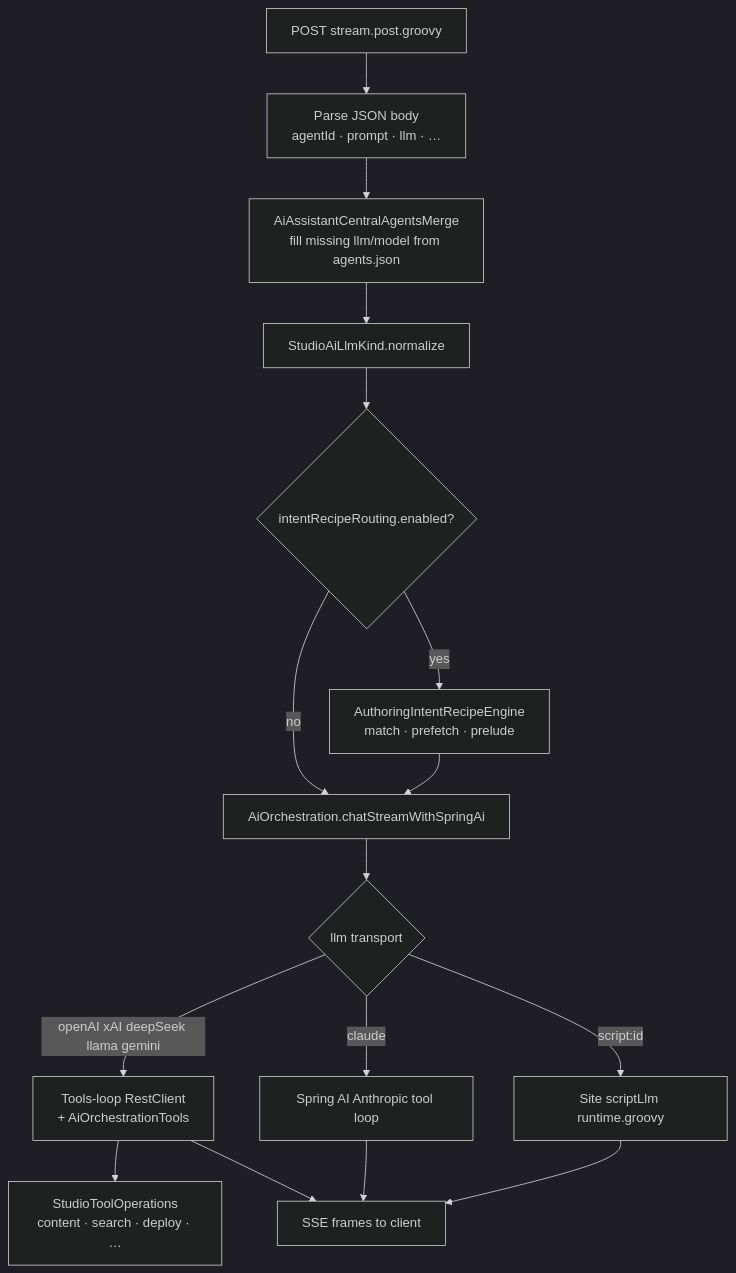
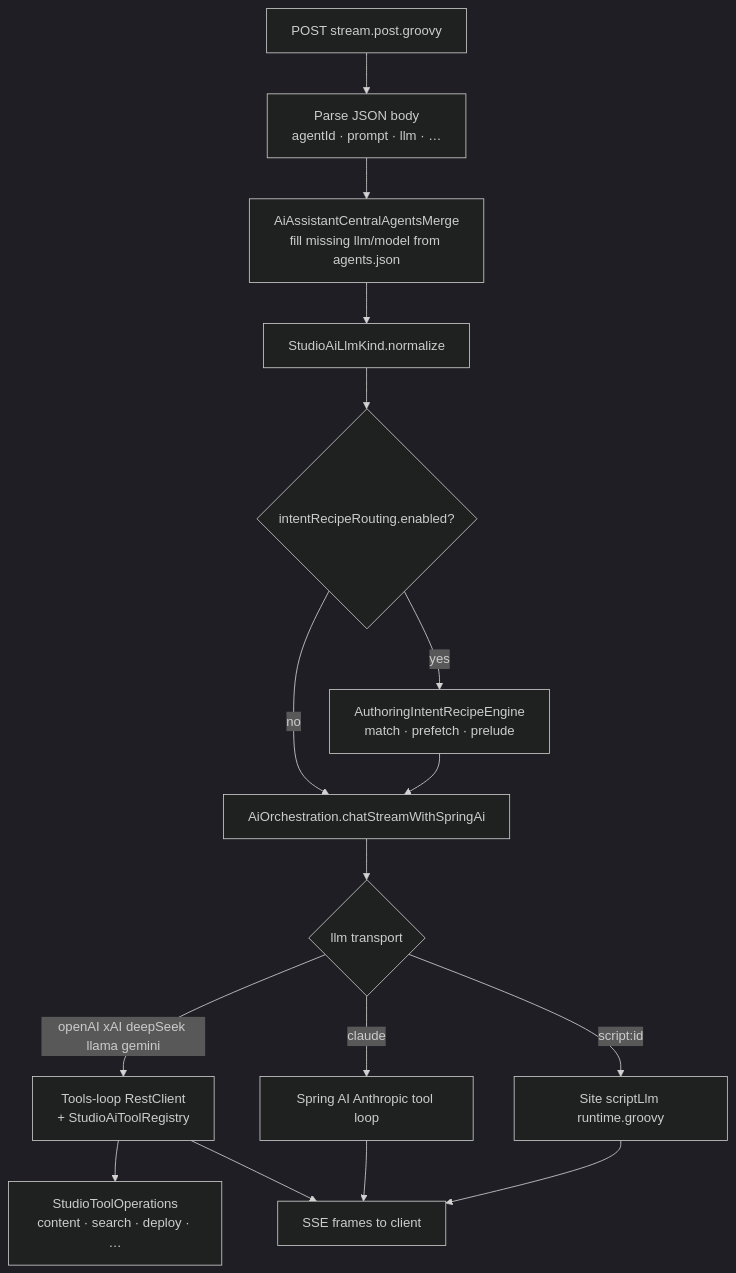
One commit to craftercms/ai-assistant-plugin changed the eighth of 13 diagrams in docs/architecture-diagrams.md. Above: the diagram before and after it, drawn with Mermaid (dark theme). The commit also changed other lines of this file and 26 other files, not shown here.

````diff
--- a/docs/architecture-diagrams.md
+++ b/docs/architecture-diagrams.md
@@ -324,18 +324,18 @@
 ```mermaid
 flowchart TD
   POST["POST stream.post.groovy"] --> Body["Parse JSON body\nagentId · prompt · llm · …"]
   Body --> Merge["AiAssistantCentralAgentsMerge\nfill missing llm/model from agents.json"]
   Merge --> Norm["StudioAiLlmKind.normalize"]
   Norm --> IR{intentRecipeRouting.enabled?}
   IR -->|yes| Prelude["AuthoringIntentRecipeEngine\nmatch · prefetch · prelude"]
   IR -->|no| Orch
   Prelude --> Orch["AiOrchestration.chatStreamWithSpringAi"]
   Orch --> Branch{llm transport}
-  Branch -->|openAI xAI deepSeek llama gemini| Loop["Tools-loop RestClient\n+ AiOrchestrationTools"]
+  Branch -->|openAI xAI deepSeek llama gemini| Loop["Tools-loop RestClient\n+ StudioAiToolRegistry"]
   Branch -->|claude| Anthropic["Spring AI Anthropic tool loop"]
   Branch -->|script:id| Script["Site scriptLlm runtime.groovy"]
   Loop --> Tools["StudioToolOperations\ncontent · search · deploy · …"]
   Loop --> SSE["SSE frames to client"]
   Anthropic --> SSE
   Script --> SSE
 ```
````
